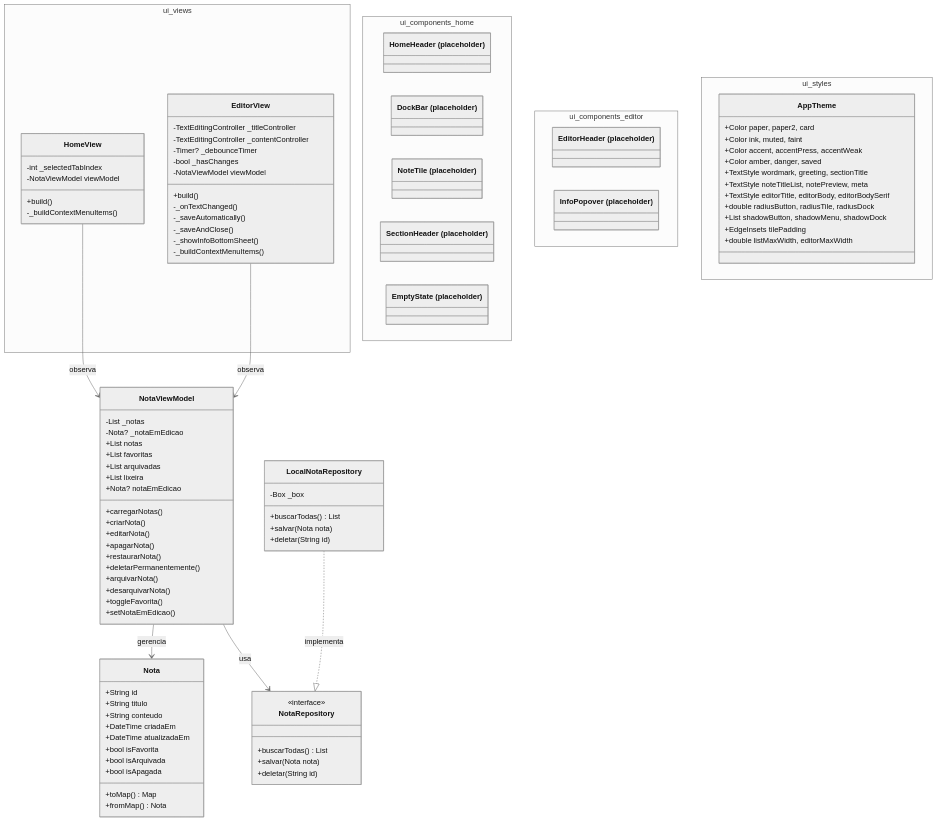
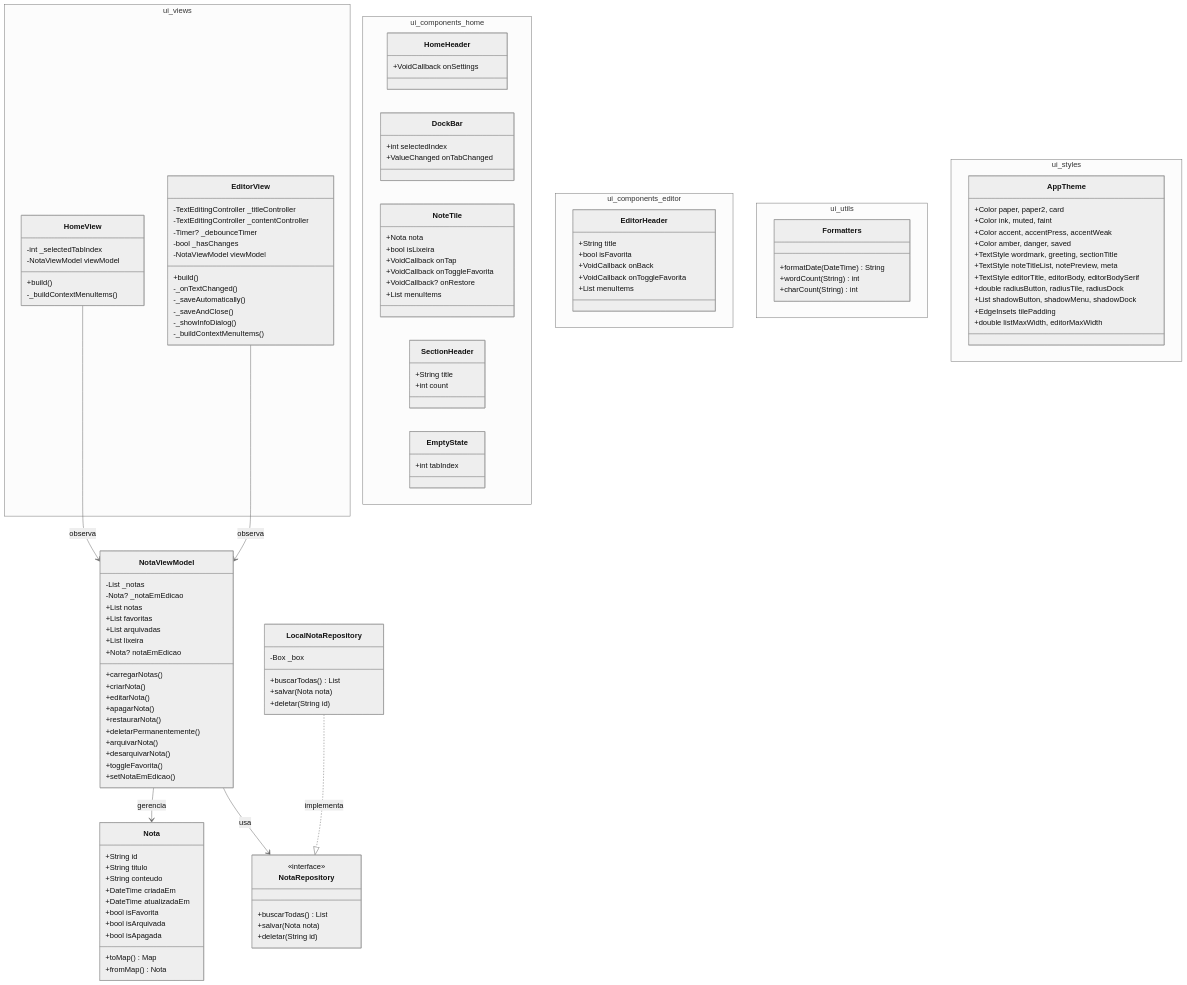
The diagram in docs/diagrama.md (rogial12/anotai), drawn with Mermaid (neutral theme) before and after one commit. The commit also changed 1 other file, not shown here.

Commit message:
Atualização no README

```diff
--- a/docs/diagrama.md
+++ b/docs/diagrama.md
@@ -69,22 +69,52 @@
             -_onTextChanged()
             -_saveAutomatically()
             -_saveAndClose()
-            -_showInfoBottomSheet()
+            -_showInfoDialog()
             -_buildContextMenuItems()
         }
     }
 
     namespace ui_components_home {
-        class HomeHeader["HomeHeader (placeholder)"]
-        class DockBar["DockBar (placeholder)"]
-        class NoteTile["NoteTile (placeholder)"]
-        class SectionHeader["SectionHeader (placeholder)"]
-        class EmptyState["EmptyState (placeholder)"]
+        class HomeHeader {
+            +VoidCallback onSettings
+        }
+        class DockBar {
+            +int selectedIndex
+            +ValueChanged onTabChanged
+        }
+        class NoteTile {
+            +Nota nota
+            +bool isLixeira
+            +VoidCallback onTap
+            +VoidCallback onToggleFavorita
+            +VoidCallback? onRestore
+            +List menuItems
+        }
+        class SectionHeader {
+            +String title
+            +int count
+        }
+        class EmptyState {
+            +int tabIndex
+        }
     }
 
     namespace ui_components_editor {
-        class EditorHeader["EditorHeader (placeholder)"]
-        class InfoPopover["InfoPopover (placeholder)"]
+        class EditorHeader {
+            +String title
+            +bool isFavorita
+            +VoidCallback onBack
+            +VoidCallback onToggleFavorita
+            +List menuItems
+        }
+    }
+
+    namespace ui_utils {
+        class Formatters {
+            +formatDate(DateTime) String
+            +wordCount(String) int
+            +charCount(String) int
+        }
     }
 
     namespace ui_styles {
```
